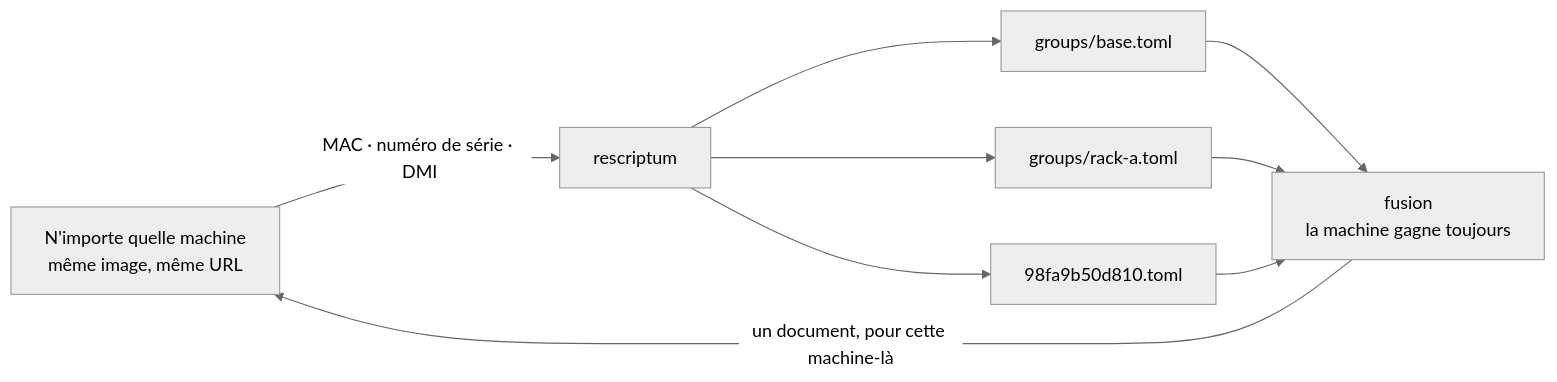
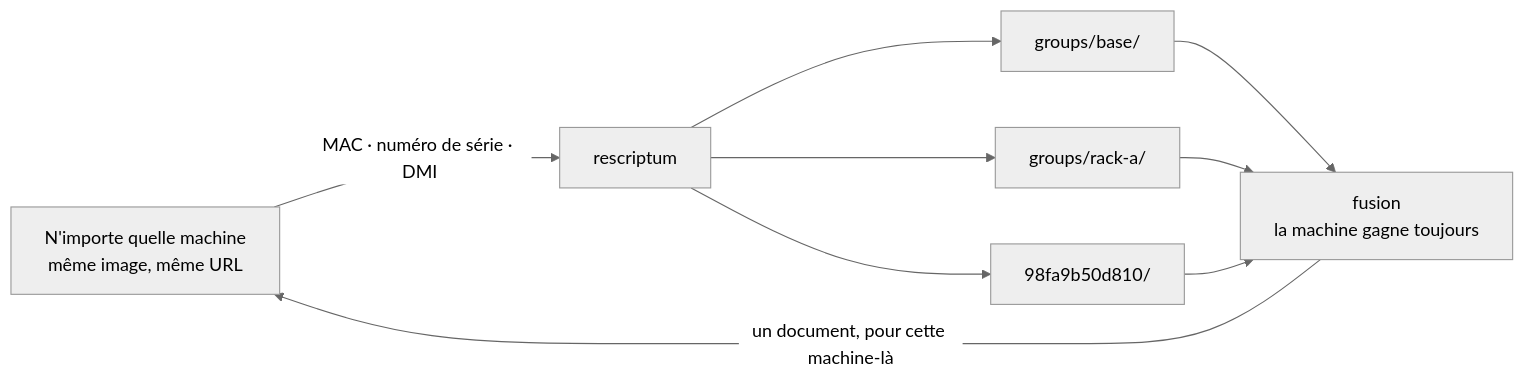
One commit to z29k/rescriptum changed the diagram in docs/home.fr.md. Above: the diagram before and after it, drawn with Mermaid (neutral theme). The commit also changed other lines of this file and 78 other files, not shown here.

````diff
--- a/docs/home.fr.md
+++ b/docs/home.fr.md
@@ -12,12 +12,12 @@
 ```mermaid
 flowchart LR
   M["N'importe quelle machine<br/>même image, même URL"]
   M -->|"MAC · numéro de série · DMI"| R["rescriptum"]
-  R --> B["groups/base.toml"]
-  R --> A["groups/rack-a.toml"]
-  R --> H["98fa9b50d810.toml"]
+  R --> B["groups/base/"]
+  R --> A["groups/rack-a/"]
+  R --> H["98fa9b50d810/"]
   B --> G["fusion<br/>la machine gagne toujours"]
   A --> G
   H --> G
   G -->|"un document, pour cette machine-là"| M
 ```
````
